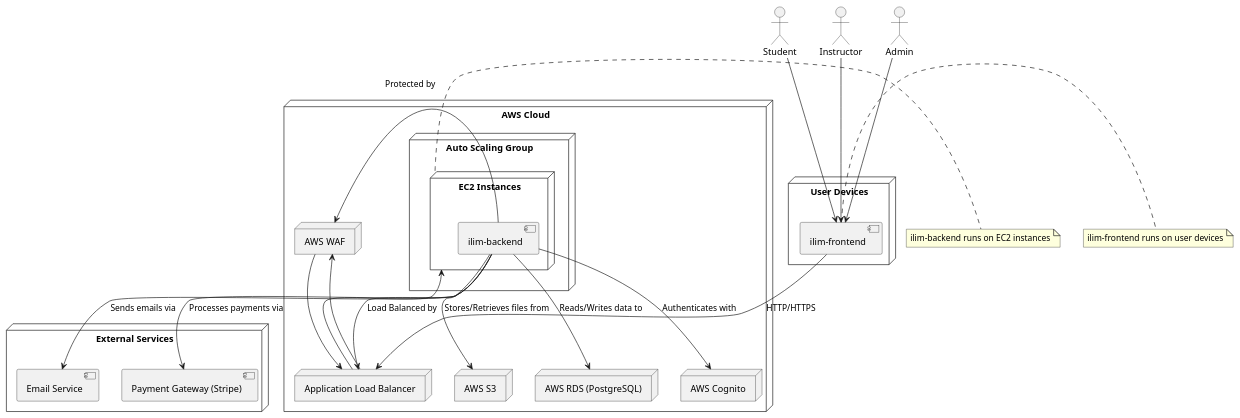
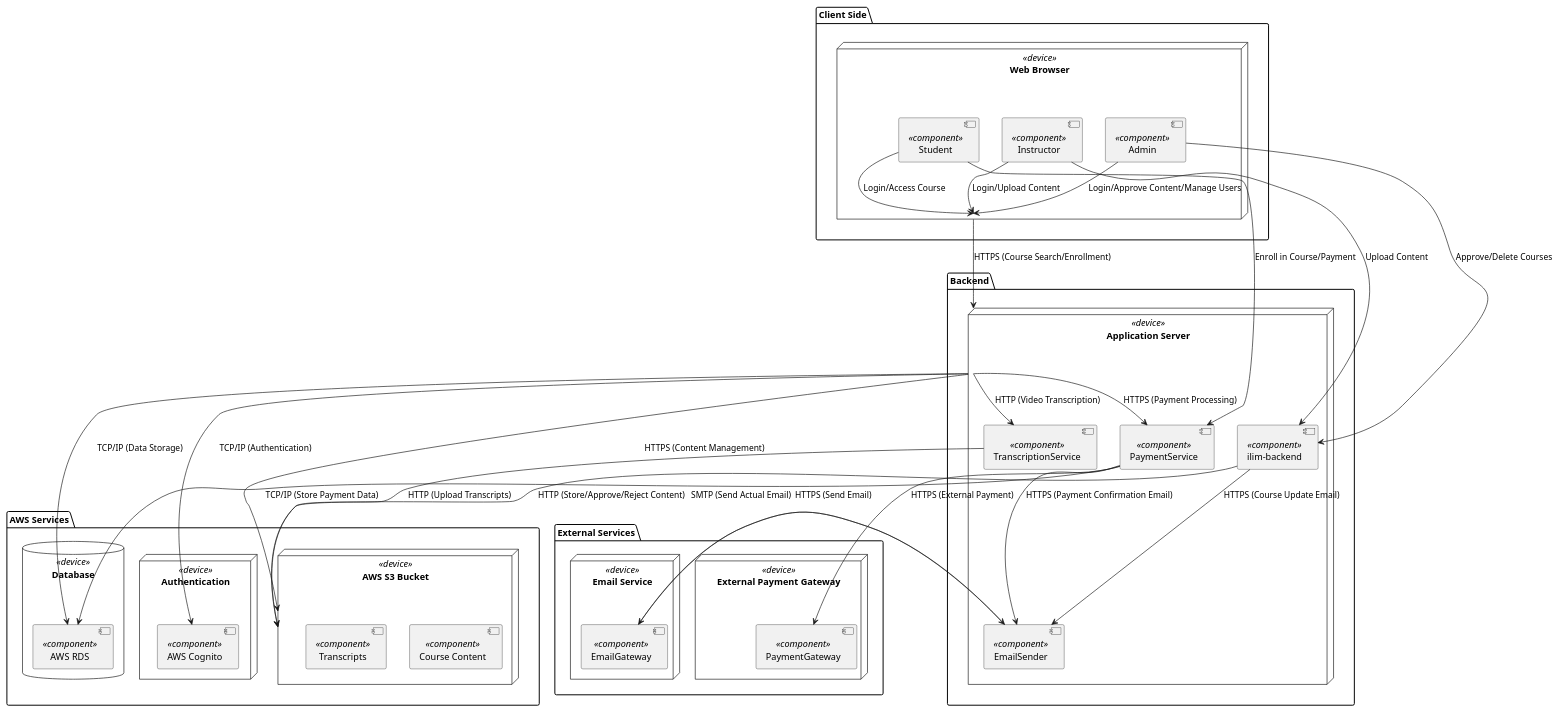
One commit to rahuljha-07/ENPM-613-BE changed the diagram in docs/deployment-view/deployment-view.md. Above: the diagram before and after it, drawn with PlantUML. The commit also changed 7 other files, not shown here.

Commit message:
Update diagrams

````diff
--- a/docs/deployment-view/deployment-view.md
+++ b/docs/deployment-view/deployment-view.md
@@ -1,68 +1,73 @@
 ```plantuml
 @startuml
-' Skin parameters for better visual appearance
-skinparam componentStyle uml2
-skinparam nodeStyle uml2
-
-' Users
-actor "Student" as student
-actor "Instructor" as instructor
-actor "Admin" as admin
-
-' Nodes
-node "User Devices" {
-    [ilim-frontend] as frontend
+package "Client Side" {
+    node "Web Browser" <<device>> {
+        [Student] <<component>>
+        [Instructor] <<component>>
+        [Admin] <<component>>
+    }
 }
 
-node "AWS Cloud" {
-    node "AWS WAF" as waf
-    node "Application Load Balancer" as alb
-    node "Auto Scaling Group" as asg {
-        node "EC2 Instances" as ec2 {
-            [ilim-backend] as backend
-        }
+package "AWS Services" {
+    node "AWS S3 Bucket" <<device>> {
+        [Course Content] <<component>>
+        [Transcripts] <<component>>
     }
-    node "AWS Cognito" as cognito
-    node "AWS S3" as s3
-    node "AWS RDS (PostgreSQL)" as rds
+    
+    node "Authentication" <<device>> {
+        [AWS Cognito] <<component>>
+    }
+    
+    database "Database" <<device>> {
+        [AWS RDS] <<component>>
+    }
 }
 
-node "External Services" {
-    [Payment Gateway (Stripe)] as paymentGateway
-    [Email Service] as emailService
+package "Backend" {
+    node "Application Server" <<device>> {
+        [PaymentService] <<component>>
+        [TranscriptionService] <<component>>
+        [ilim-backend] <<component>>
+        [EmailSender] <<component>>
+    }
 }
 
-' User interactions
-student --> frontend
-instructor --> frontend
-admin --> frontend
+package "External Services" {
+    node "External Payment Gateway" <<device>> {
+        [PaymentGateway] <<component>>
+    }
+    
+    node "Email Service" <<device>> {
+        [EmailGateway] <<component>>
+    }
+}
 
-' Frontend to AWS Cloud
-frontend --> alb : HTTP/HTTPS
-alb --> waf
-waf --> alb
-alb --> ec2
+[Student] --> [Web Browser] : Login/Access Course
+[Instructor] --> [Web Browser] : Login/Upload Content
+[Admin] --> [Web Browser] : Login/Approve Content/Manage Users
 
-' Backend interactions
-backend --> cognito : Authenticates with
-backend --> s3 : Stores/Retrieves files from
-backend --> rds : Reads/Writes data to
-backend --> paymentGateway : Processes payments via
-backend --> emailService : Sends emails via
+[Web Browser] --> [Application Server] : HTTPS (Course Search/Enrollment)
 
-' Additional AWS Services
-backend --> waf : Protected by
-backend --> alb : Load Balanced by
+[Application Server] --> [AWS Cognito] : TCP/IP (Authentication)
+[Application Server] --> [AWS RDS] : TCP/IP (Data Storage)
+[Application Server] --> [AWS S3 Bucket] : HTTPS (Content Management)
+[Application Server] --> [PaymentService] : HTTPS (Payment Processing)
+[Application Server] --> [TranscriptionService] : HTTP (Video Transcription)
 
-' Notes for clarity
-note right of frontend
-  ilim-frontend runs on user devices
-end note
+[PaymentService] --> [PaymentGateway] : HTTPS (External Payment)
+[PaymentService] --> [AWS RDS] : TCP/IP (Store Payment Data)
+[PaymentService] --> [EmailSender] : HTTPS (Payment Confirmation Email)
 
-note right of ec2
-  ilim-backend runs on EC2 instances
-end note
+[ilim-backend] --> [AWS S3 Bucket] : HTTP (Store/Approve/Reject Content)
+[ilim-backend] --> [EmailSender] : HTTPS (Course Update Email)
+[TranscriptionService] --> [AWS S3 Bucket] : HTTP (Upload Transcripts)
 
+[EmailSender] --> [EmailGateway] : HTTPS (Send Email)
+[EmailGateway] --> [EmailSender] : SMTP (Send Actual Email)
+
+[Admin] --> [ilim-backend] : Approve/Delete Courses
+[Instructor] --> [ilim-backend] : Upload Content
+[Student] --> [PaymentService] : Enroll in Course/Payment
 @enduml
 
 ```
````
